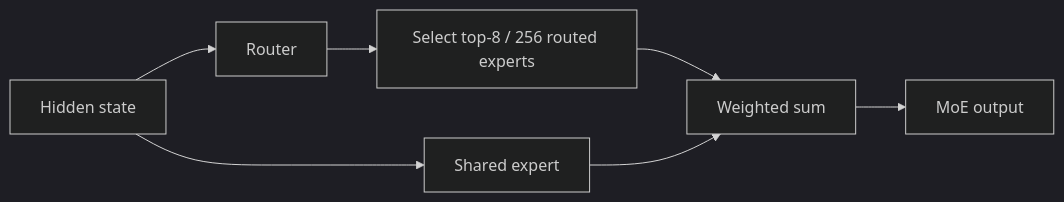
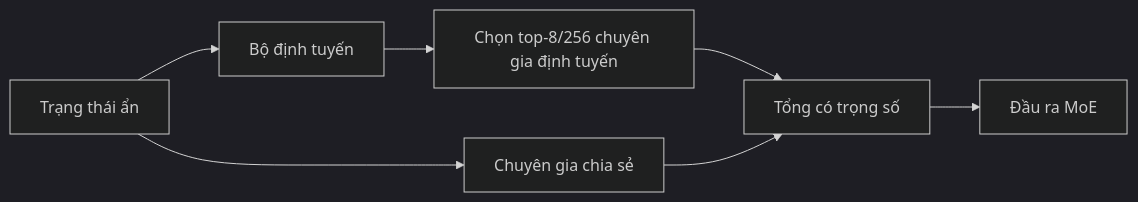
Before and after one commit to cycler04/VinRobotics-VLA: the third of 4 diagrams in docs/research_finding/01-gwen/qwen_models/Qwen3.6/architecture.md, drawn with Mermaid (dark theme). The commit also changed other lines of this file and 24 other files, not shown here.

````diff
--- a/docs/research_finding/01-gwen/qwen_models/Qwen3.6/architecture.md
+++ b/docs/research_finding/01-gwen/qwen_models/Qwen3.6/architecture.md
@@ -99,9 +99,9 @@
 ```mermaid
 flowchart LR
-  H[Hidden state] --> R[Router]
-  R --> T[Select top-8 / 256 routed experts]
-  H --> S[Shared expert]
-  T --> C[Weighted sum]
+  H[Trạng thái ẩn] --> R[Bộ định tuyến]
+  R --> T[Chọn top-8/256 chuyên gia định tuyến]
+  H --> S[Chuyên gia chia sẻ]
+  T --> C[Tổng có trọng số]
   S --> C
-  C --> O[MoE output]
+  C --> O[Đầu ra MoE]
 ```
````
